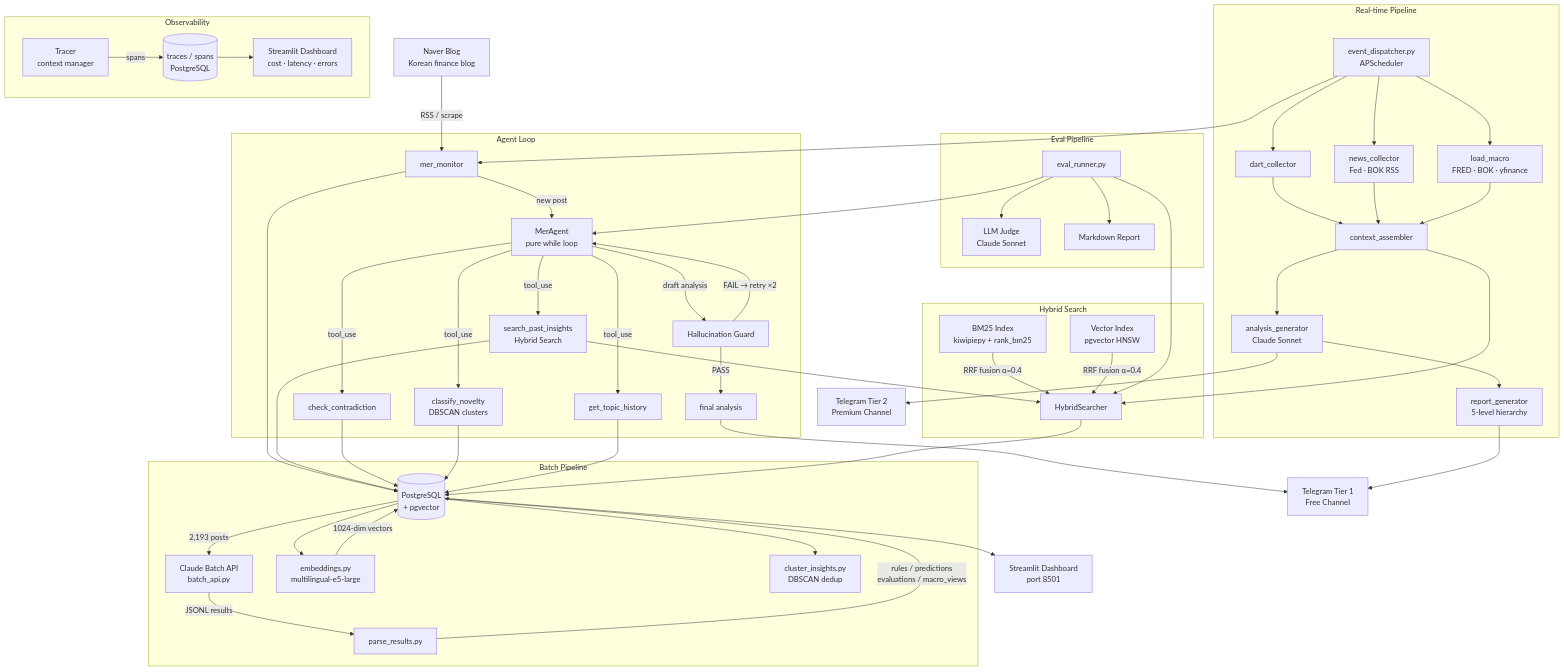
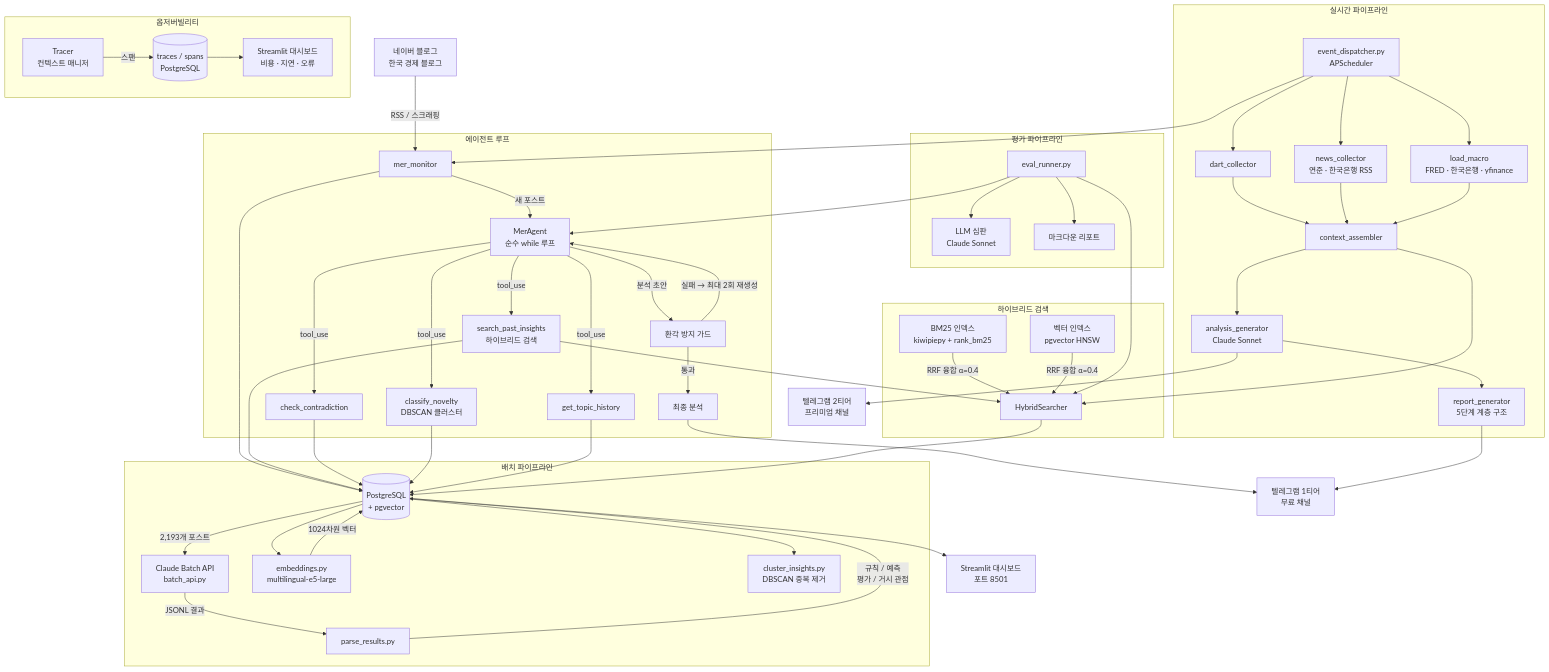
The diagram in README_KR.md (11e3/mer-insight-pipeline), drawn with Mermaid before and after one commit. The commit also changed other lines of this file, not shown here.

````diff
--- a/README_KR.md
+++ b/README_KR.md
@@ -11,64 +11,64 @@
 ```mermaid
 flowchart TD
-    A[Naver Blog<br>Korean finance blog] -->|RSS / scrape| B[mer_monitor]
+    A[네이버 블로그<br>한국 경제 블로그] -->|RSS / 스크래핑| B[mer_monitor]
     B --> C[(PostgreSQL<br>+ pgvector)]
 
-    subgraph Batch Pipeline
-        C -->|2,193 posts| D[Claude Batch API<br>batch_api.py]
-        D -->|JSONL results| E[parse_results.py]
-        E -->|rules / predictions<br>evaluations / macro_views| C
+    subgraph 배치 파이프라인
+        C -->|2,193개 포스트| D[Claude Batch API<br>batch_api.py]
+        D -->|JSONL 결과| E[parse_results.py]
+        E -->|규칙 / 예측<br>평가 / 거시 관점| C
         C --> F[embeddings.py<br>multilingual-e5-large]
-        F -->|1024-dim vectors| C
-        C --> G[cluster_insights.py<br>DBSCAN dedup]
+        F -->|1024차원 벡터| C
+        C --> G[cluster_insights.py<br>DBSCAN 중복 제거]
     end
 
-    subgraph Agent Loop
-        B -->|new post| AG[MerAgent<br>pure while loop]
-        AG -->|tool_use| T1[search_past_insights<br>Hybrid Search]
+    subgraph 에이전트 루프
+        B -->|새 포스트| AG[MerAgent<br>순수 while 루프]
+        AG -->|tool_use| T1[search_past_insights<br>하이브리드 검색]
         AG -->|tool_use| T2[check_contradiction]
-        AG -->|tool_use| T3[classify_novelty<br>DBSCAN clusters]
+        AG -->|tool_use| T3[classify_novelty<br>DBSCAN 클러스터]
         AG -->|tool_use| T4[get_topic_history]
         T1 & T2 & T3 & T4 --> C
-        AG -->|draft analysis| GD[Hallucination Guard]
-        GD -->|FAIL → retry ×2| AG
-        GD -->|PASS| OUT[final analysis]
+        AG -->|분석 초안| GD[환각 방지 가드]
+        GD -->|실패 → 최대 2회 재생성| AG
+        GD -->|통과| OUT[최종 분석]
     end
 
-    subgraph Hybrid Search
-        HS1[BM25 Index<br>kiwipiepy + rank_bm25]
-        HS2[Vector Index<br>pgvector HNSW]
-        HS1 & HS2 -->|RRF fusion α=0.4| HS3[HybridSearcher]
+    subgraph 하이브리드 검색
+        HS1[BM25 인덱스<br>kiwipiepy + rank_bm25]
+        HS2[벡터 인덱스<br>pgvector HNSW]
+        HS1 & HS2 -->|RRF 융합 α=0.4| HS3[HybridSearcher]
     end
 
     T1 --> HS3
     HS3 --> C
 
-    subgraph Real-time Pipeline
+    subgraph 실시간 파이프라인
         ED[event_dispatcher.py<br>APScheduler] --> B
         ED --> DC[dart_collector]
-        ED --> NC[news_collector<br>Fed · BOK RSS]
-        ED --> LM[load_macro<br>FRED · BOK · yfinance]
+        ED --> NC[news_collector<br>연준 · 한국은행 RSS]
+        ED --> LM[load_macro<br>FRED · 한국은행 · yfinance]
         DC & NC & LM --> CA[context_assembler]
         CA --> HS3
         CA --> AG2[analysis_generator<br>Claude Sonnet]
-        AG2 --> RG[report_generator<br>5-level hierarchy]
+        AG2 --> RG[report_generator<br>5단계 계층 구조]
     end
 
-    OUT --> TG1[Telegram Tier 1<br>Free Channel]
+    OUT --> TG1[텔레그램 1티어<br>무료 채널]
     RG --> TG1
-    AG2 --> TG2[Telegram Tier 2<br>Premium Channel]
+    AG2 --> TG2[텔레그램 2티어<br>프리미엄 채널]
 
-    subgraph Observability
-        TR[Tracer<br>context manager] -->|spans| PG2[(traces / spans<br>PostgreSQL)]
-        PG2 --> DB2[Streamlit Dashboard<br>cost · latency · errors]
+    subgraph 옵저버빌리티
+        TR[Tracer<br>컨텍스트 매니저] -->|스팬| PG2[(traces / spans<br>PostgreSQL)]
+        PG2 --> DB2[Streamlit 대시보드<br>비용 · 지연 · 오류]
     end
 
-    subgraph Eval Pipeline
+    subgraph 평가 파이프라인
         EV[eval_runner.py] --> HS3
         EV --> AG
-        EV --> LJ[LLM Judge<br>Claude Sonnet]
-        EV --> RPT[Markdown Report]
+        EV --> LJ[LLM 심판<br>Claude Sonnet]
+        EV --> RPT[마크다운 리포트]
     end
 
-    C --> Q[Streamlit Dashboard<br>port 8501]
+    C --> Q[Streamlit 대시보드<br>포트 8501]
 ```
````
